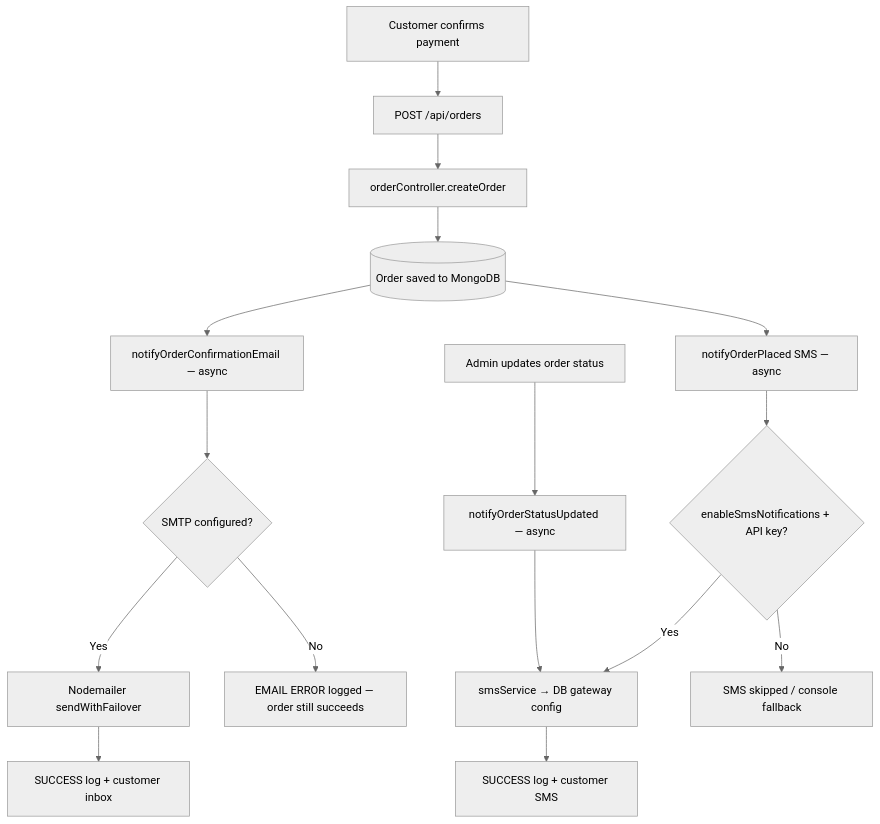
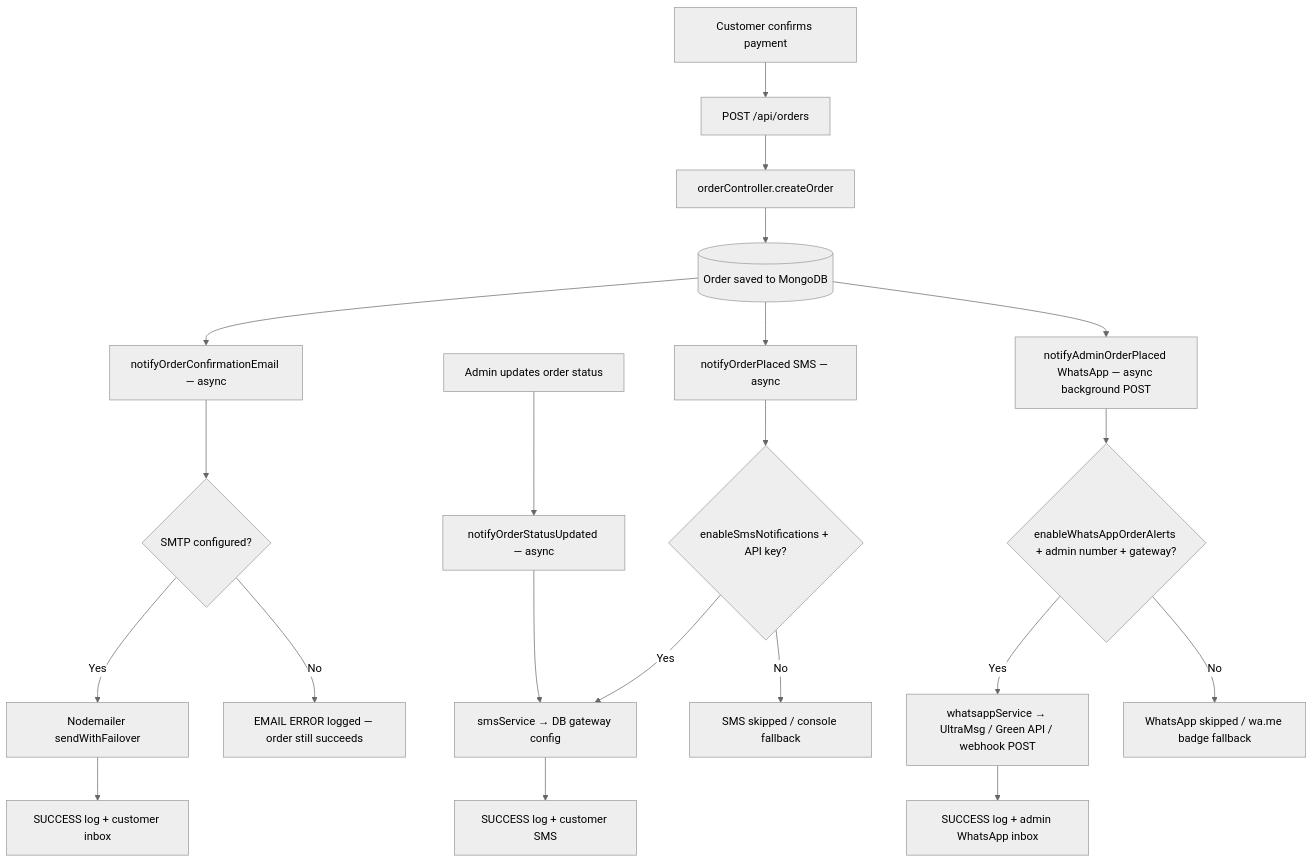
One commit to sabdulkarim010/eonlinebazar changed diagram 13 of 17 in README.md. Above: the diagram before and after it, drawn with Mermaid (neutral theme). The commit also changed other lines of this file and 17 other files, not shown here.

Commit message:
feat(whatsapp): integrate UltraMsg background order alert engine, dual whatsapp management, and POS manual order entry

````diff
--- a/README.md
+++ b/README.md
@@ -1319,18 +1497,23 @@
 ```mermaid
 flowchart TD
     A[Customer confirms payment] --> B[POST /api/orders]
     B --> C[orderController.createOrder]
     C --> D[(Order saved to MongoDB)]
     D --> E[notifyOrderConfirmationEmail — async]
     D --> F[notifyOrderPlaced SMS — async]
+    D --> W[notifyAdminOrderPlaced WhatsApp — async background POST]
     E --> G{SMTP configured?}
     G -->|Yes| H[Nodemailer sendWithFailover]
     G -->|No| I[EMAIL ERROR logged — order still succeeds]
     H --> J[SUCCESS log + customer inbox]
     F --> K{enableSmsNotifications + API key?}
     K -->|Yes| L[smsService → DB gateway config]
     K -->|No| M[SMS skipped / console fallback]
     L --> N[SUCCESS log + customer SMS]
+    W --> X{enableWhatsAppOrderAlerts + admin number + gateway?}
+    X -->|Yes| Y[whatsappService → UltraMsg / Green API / webhook POST]
+    X -->|No| Z[WhatsApp skipped / wa.me badge fallback]
+    Y --> AA[SUCCESS log + admin WhatsApp inbox]
     O[Admin updates order status] --> P[notifyOrderStatusUpdated — async]
     P --> L
 ```
````
